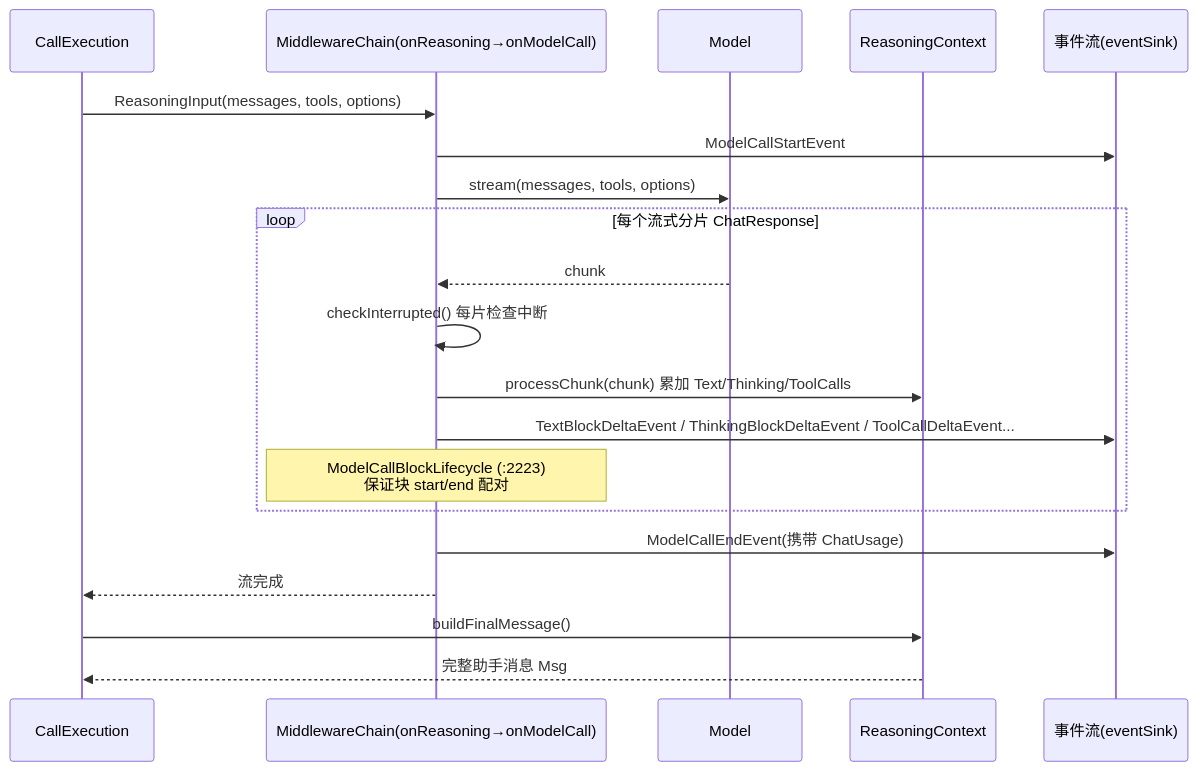
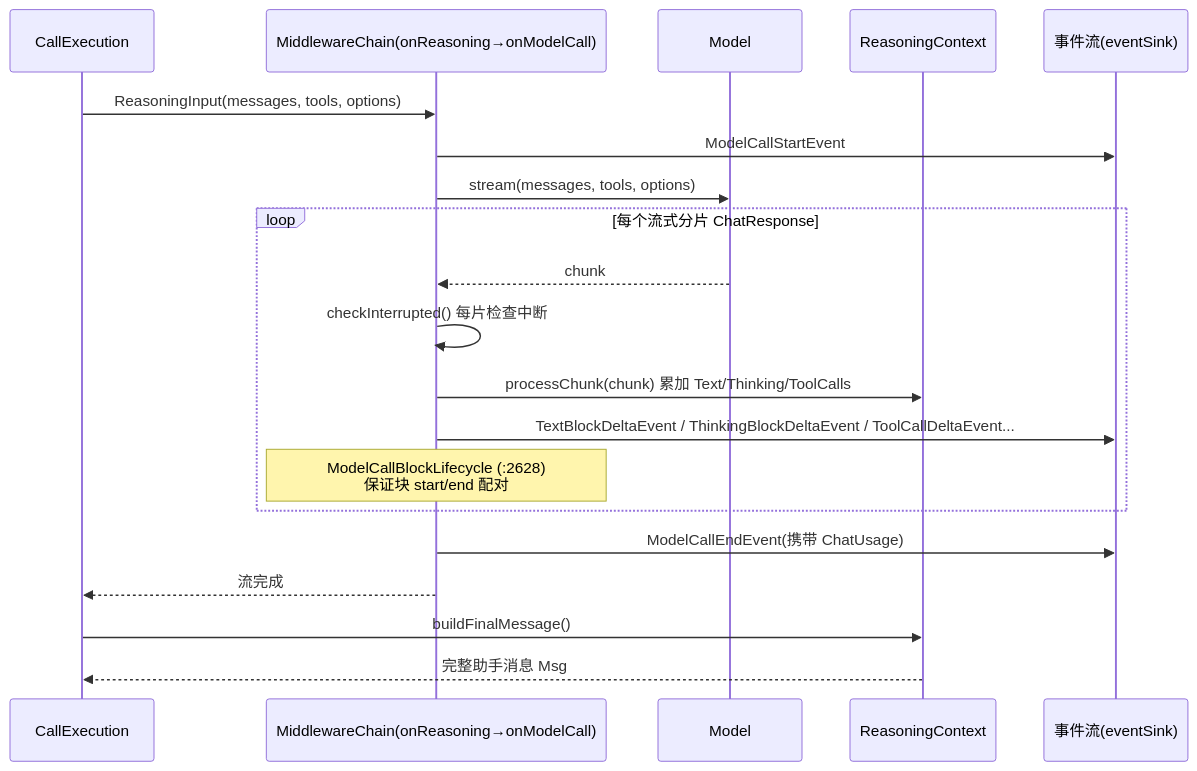
Before and after one commit to liulangjietou/AgentScope-source-analysis: the second of 4 diagrams in 03-ReAct主循环.md, drawn with Mermaid. The commit also changed other lines of this file and 10 other files, not shown here.

````diff
--- a/03-ReAct主循环.md
+++ b/03-ReAct主循环.md
@@ -88,23 +88,23 @@
 ```mermaid
 sequenceDiagram
     participant R as CallExecution#reasoning
     participant MW as MiddlewareChain(onReasoning→onModelCall)
     participant M as Model#stream（第 5 章）
     participant RC as ReasoningContext
     participant SINK as 事件流(eventSink)
 
     R->>MW: ReasoningInput(messages, tools, options)
     MW->>SINK: ModelCallStartEvent
     MW->>M: stream(messages, tools, options)
     loop 每个流式分片 ChatResponse
         M-->>MW: chunk
         MW->>MW: checkInterrupted()  每片检查中断
         MW->>RC: processChunk(chunk) 累加 Text/Thinking/ToolCalls
         MW->>SINK: TextBlockDeltaEvent / ThinkingBlockDeltaEvent / ToolCallDeltaEvent...
-        Note over MW: ModelCallBlockLifecycle (:2223)<br/>保证块 start/end 配对
+        Note over MW: ModelCallBlockLifecycle (:2628)<br/>保证块 start/end 配对
     end
     MW->>SINK: ModelCallEndEvent(携带 ChatUsage)
     MW-->>R: 流完成
     R->>RC: buildFinalMessage()
     RC-->>R: 完整助手消息 Msg
 ```
````
